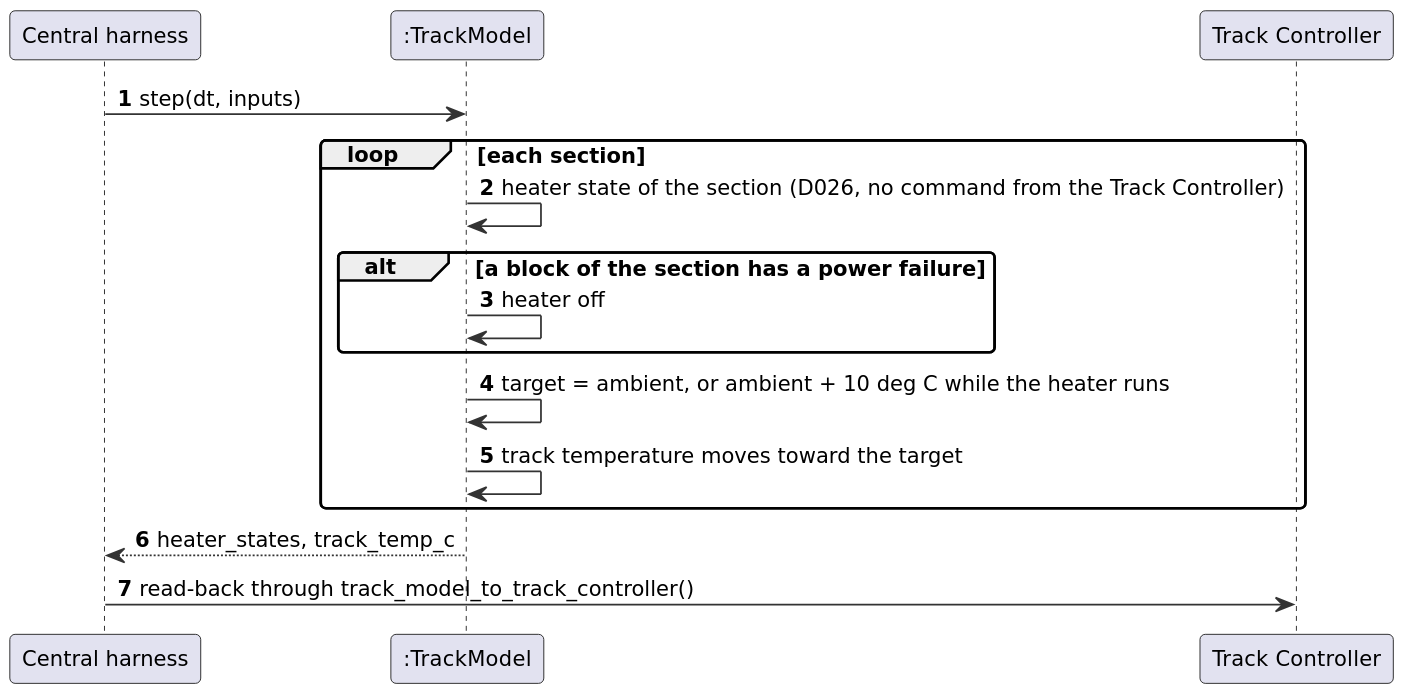
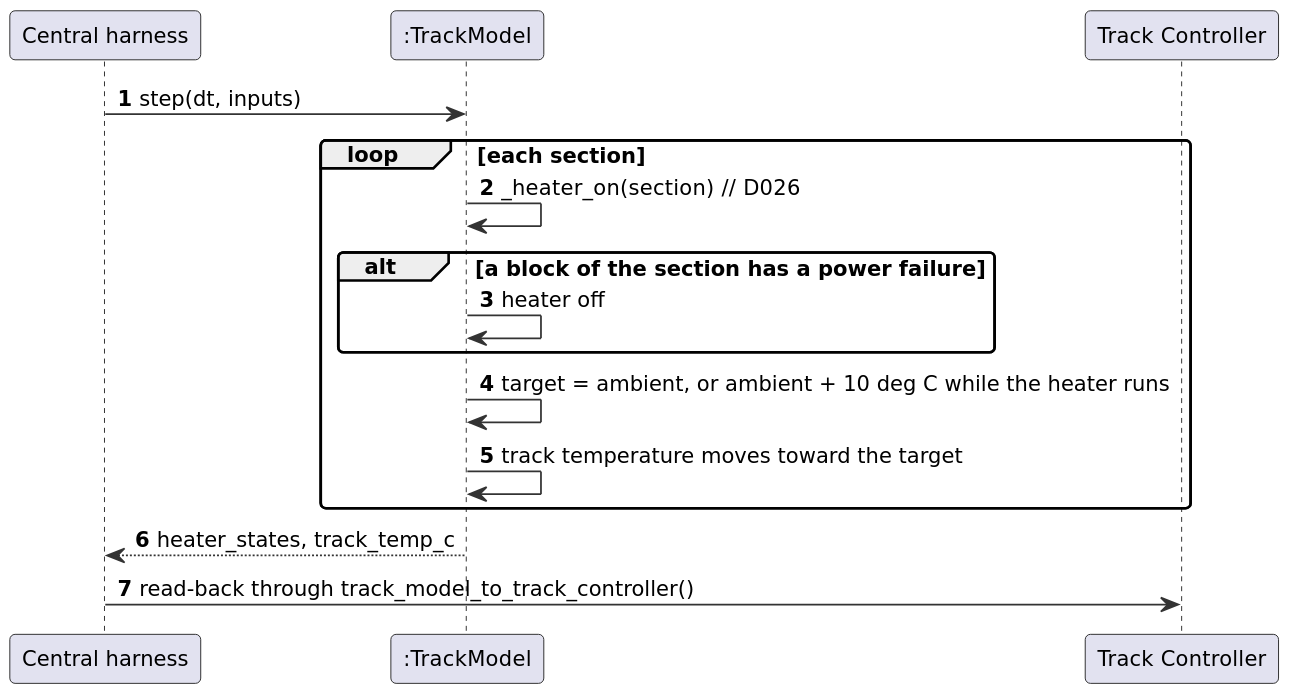
One commit to Landiss04/Track-Overflow changed the diagram in documents/uml/track_model/sd13_heaters.puml. Above: the diagram before and after it, drawn with PlantUML. The commit also changed 14 other files, not shown here.

First line of the commit message:
Track Model SDD: class diagrams show every function the sequences use

```diff
--- a/documents/uml/track_model/sd13_heaters.puml
+++ b/documents/uml/track_model/sd13_heaters.puml
@@ -1,26 +1,26 @@
 @startuml
 skinparam shadowing false
 skinparam dpi 170
 skinparam defaultFontName DejaVu Sans
 skinparam defaultFontSize 12
 skinparam roundCorner 6
 skinparam ArrowColor #333333
 skinparam BackgroundColor white
 skinparam sequenceMessageAlign left
 skinparam ParticipantPadding 20
 autonumber
 participant "Central harness" as H
 participant ":TrackModel" as TM
 participant "Track Controller" as TC
 H -> TM : step(dt, inputs)
 loop each section
-  TM -> TM : heater state of the section (D026, no command from the Track Controller)
+  TM -> TM : _heater_on(section)  // D026
   alt a block of the section has a power failure
     TM -> TM : heater off
   end
   TM -> TM : target = ambient, or ambient + 10 deg C while the heater runs
   TM -> TM : track temperature moves toward the target
 end
 TM --> H : heater_states, track_temp_c
 H -> TC : read-back through track_model_to_track_controller()
 @enduml
```
